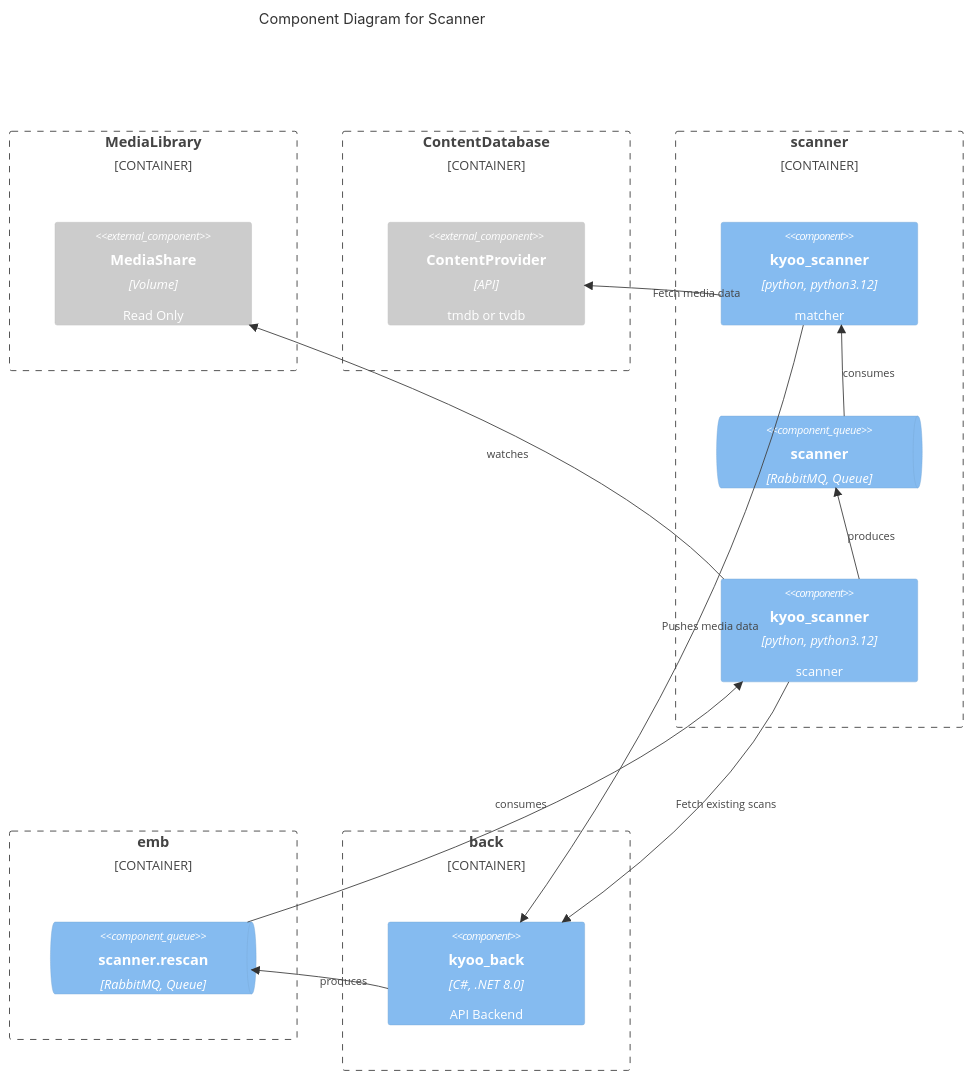
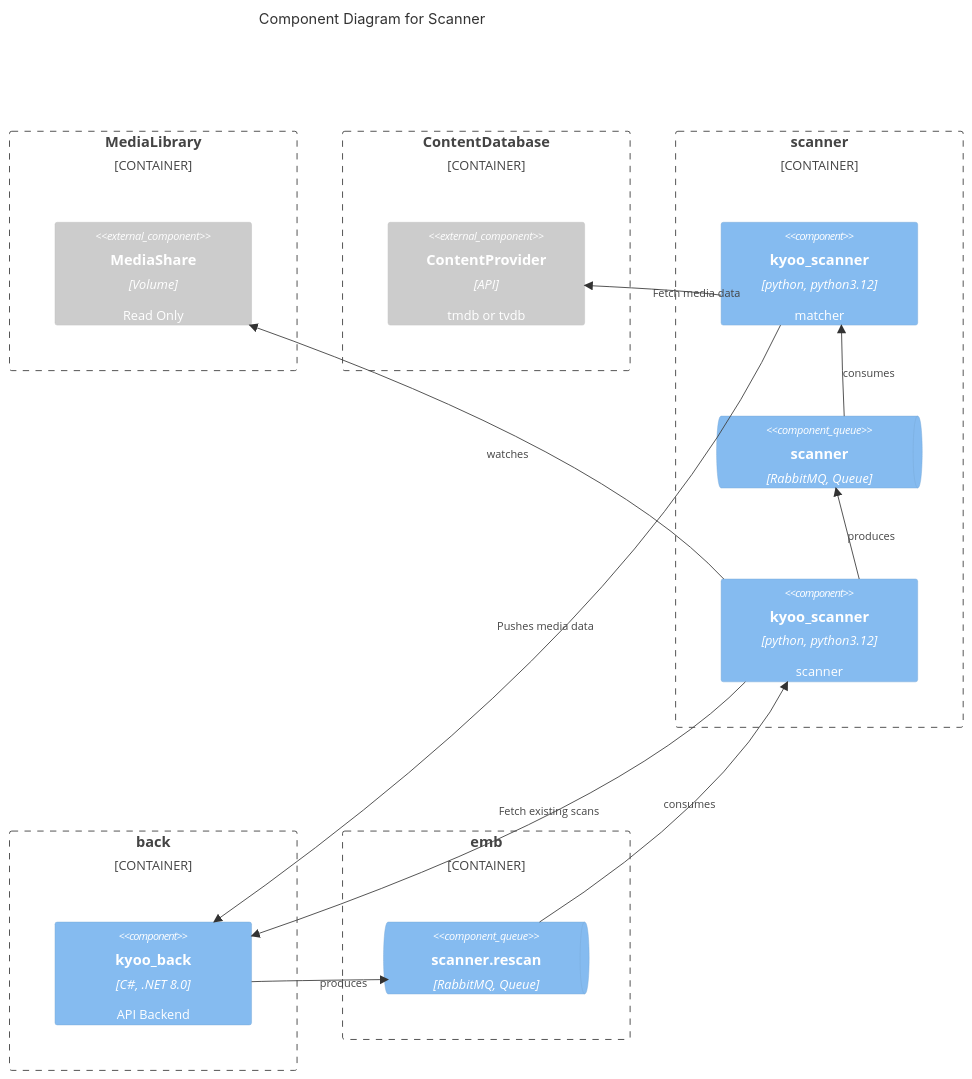
Before and after one commit to zoriya/Kyoo: the seventh of 8 diagrams in DIAGRAMS.md, drawn with Mermaid. The commit also changed other lines of this file, not shown here.

Commit message:
adjust diagrams + add note

````diff
--- a/DIAGRAMS.md
+++ b/DIAGRAMS.md
@@ -238,37 +239,37 @@
 ```mermaid
 C4Component
   UpdateLayoutConfig($c4ShapeInRow="5", $c4BoundaryInRow="3")
   
   title Component Diagram for Scanner
 
   Container_Boundary(media, "MediaLibrary") {
     Component_Ext(media_c1, "MediaShare", "Volume", "Read Only")
   }
 
   Container_Boundary(content, "ContentDatabase") {
     Component_Ext(content_c1, "ContentProvider", "API", "tmdb or tvdb")
   }
 
   Container_Boundary(scanner, "scanner") {
     Component(scanner_c2, "kyoo_scanner", "python, python3.12", "matcher")
     ComponentQueue(scanner_q1, "scanner", "RabbitMQ, Queue", "")
     Component(scanner_c1, "kyoo_scanner", "python, python3.12", "scanner")
   }
 
+  Container_Boundary(backend, "back") {
+    Component(backend_c2, "kyoo_back", "C#, .NET 8.0", "API Backend")
+  }
+
   Container_Boundary(emb, "emb") {
     ComponentQueue(emb_q2, "scanner.rescan", "RabbitMQ, Queue", "")
-  }
-
-  Container_Boundary(backend, "back") {
-    Component(backend_c2, "kyoo_back", "C#, .NET 8.0", "API Backend")
   }
 
   Rel(scanner_c1, scanner_q1, "produces")
   Rel(scanner_c1, media_c1, "watches")
   Rel(scanner_c1, backend_c2, "Fetch existing scans")
   Rel(scanner_c2, content_c1, "Fetch media data")
   Rel(scanner_c2, backend_c2, "Pushes media data")
   Rel_Back(scanner_c2, scanner_q1, "consumes")
   Rel_Back(scanner_c1, emb_q2, "consumes")
   Rel(backend_c2, emb_q2, "produces")
 ```
````
